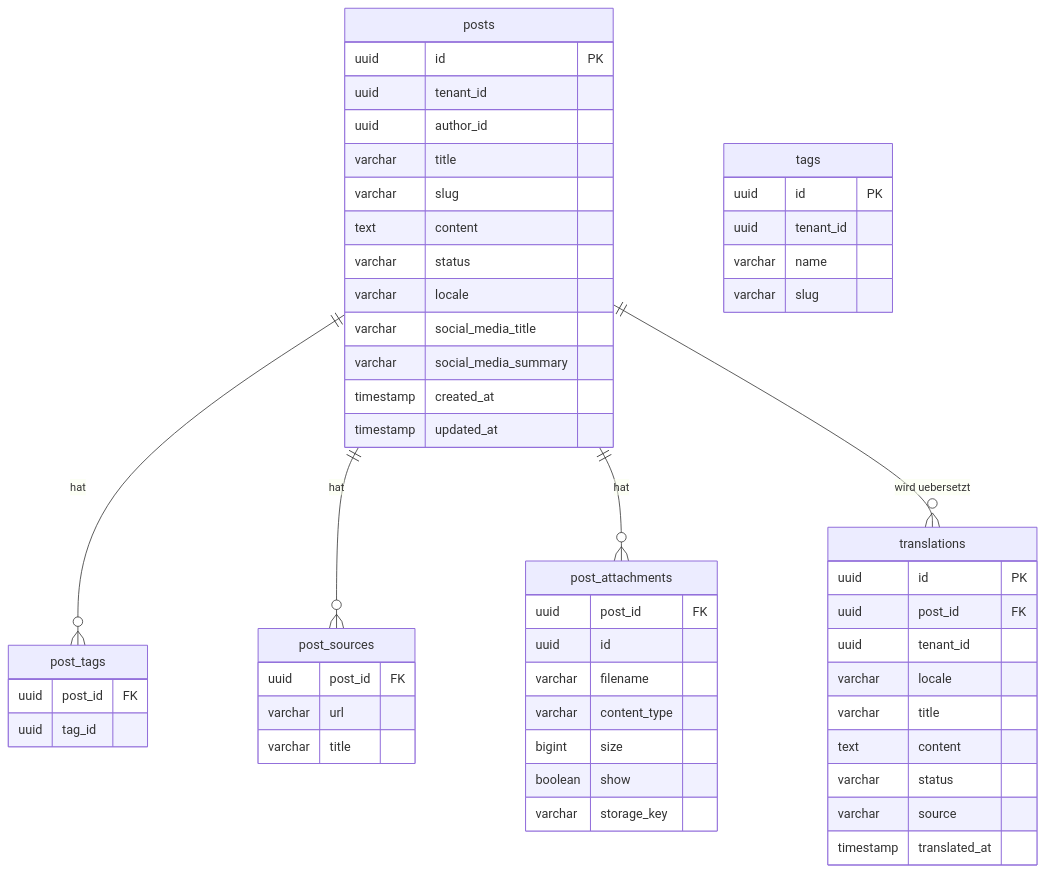
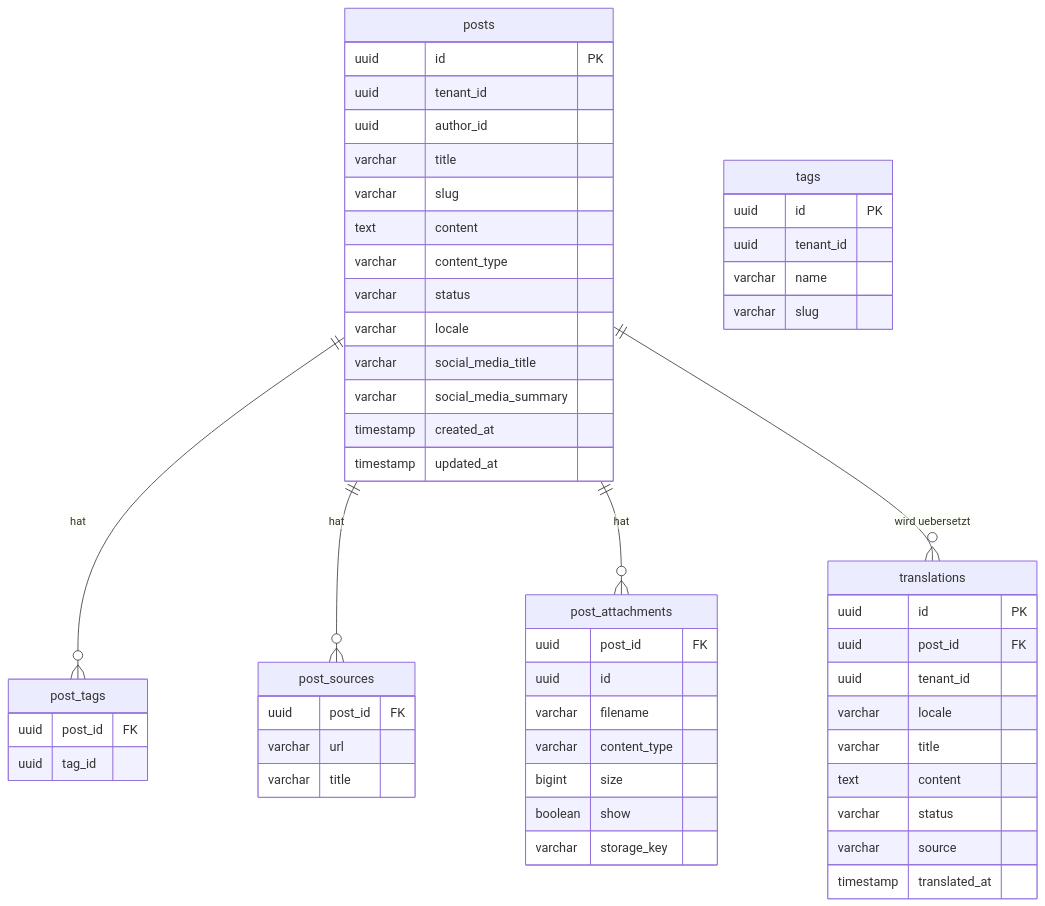
The tenth of 13 diagrams in docs/design/modules/ROOT/pages/blog-content/index.adoc (tomirgang/tomsblog), drawn with Mermaid before and after one commit. The commit also changed other lines of this file and 54 other files, not shown here.

Commit message:
improve blog UI and mermaid diagram support

```diff
--- a/docs/design/modules/ROOT/pages/blog-content/index.adoc
+++ b/docs/design/modules/ROOT/pages/blog-content/index.adoc
@@ -583,58 +655,59 @@
 [mermaid]
 ----
 erDiagram
     posts {
         uuid id PK
         uuid tenant_id
         uuid author_id
         varchar title
         varchar slug
         text content
+        varchar content_type
         varchar status
         varchar locale
         varchar social_media_title
         varchar social_media_summary
         timestamp created_at
         timestamp updated_at
     }
     tags {
         uuid id PK
         uuid tenant_id
         varchar name
         varchar slug
     }
     translations {
         uuid id PK
         uuid post_id FK
         uuid tenant_id
         varchar locale
         varchar title
         text content
         varchar status
         varchar source
         timestamp translated_at
     }
     post_tags {
         uuid post_id FK
         uuid tag_id
     }
     post_sources {
         uuid post_id FK
         varchar url
         varchar title
     }
     post_attachments {
         uuid post_id FK
         uuid id
         varchar filename
         varchar content_type
         bigint size
         boolean show
         varchar storage_key
     }
 
     posts ||--o{ post_tags : "hat"
     posts ||--o{ post_sources : "hat"
     posts ||--o{ post_attachments : "hat"
     posts ||--o{ translations : "wird uebersetzt"
 ----
```
